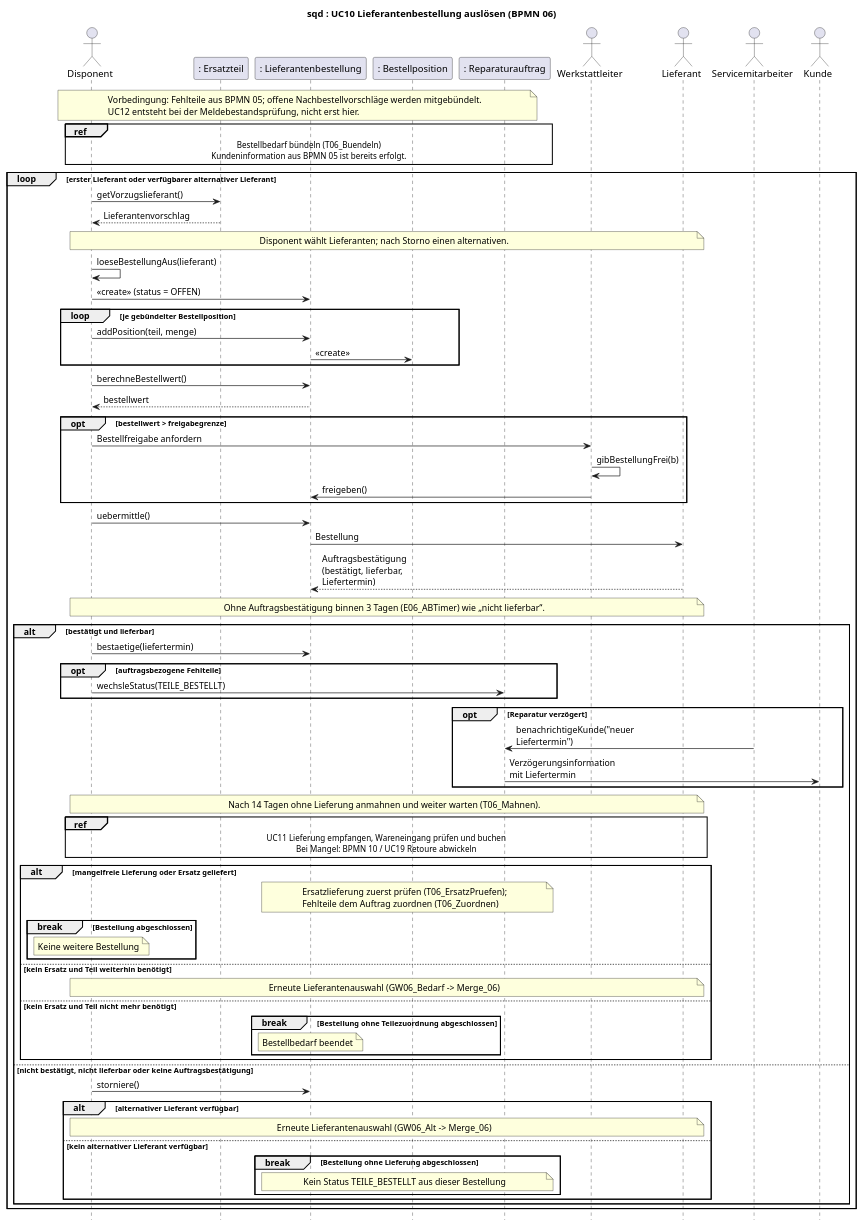
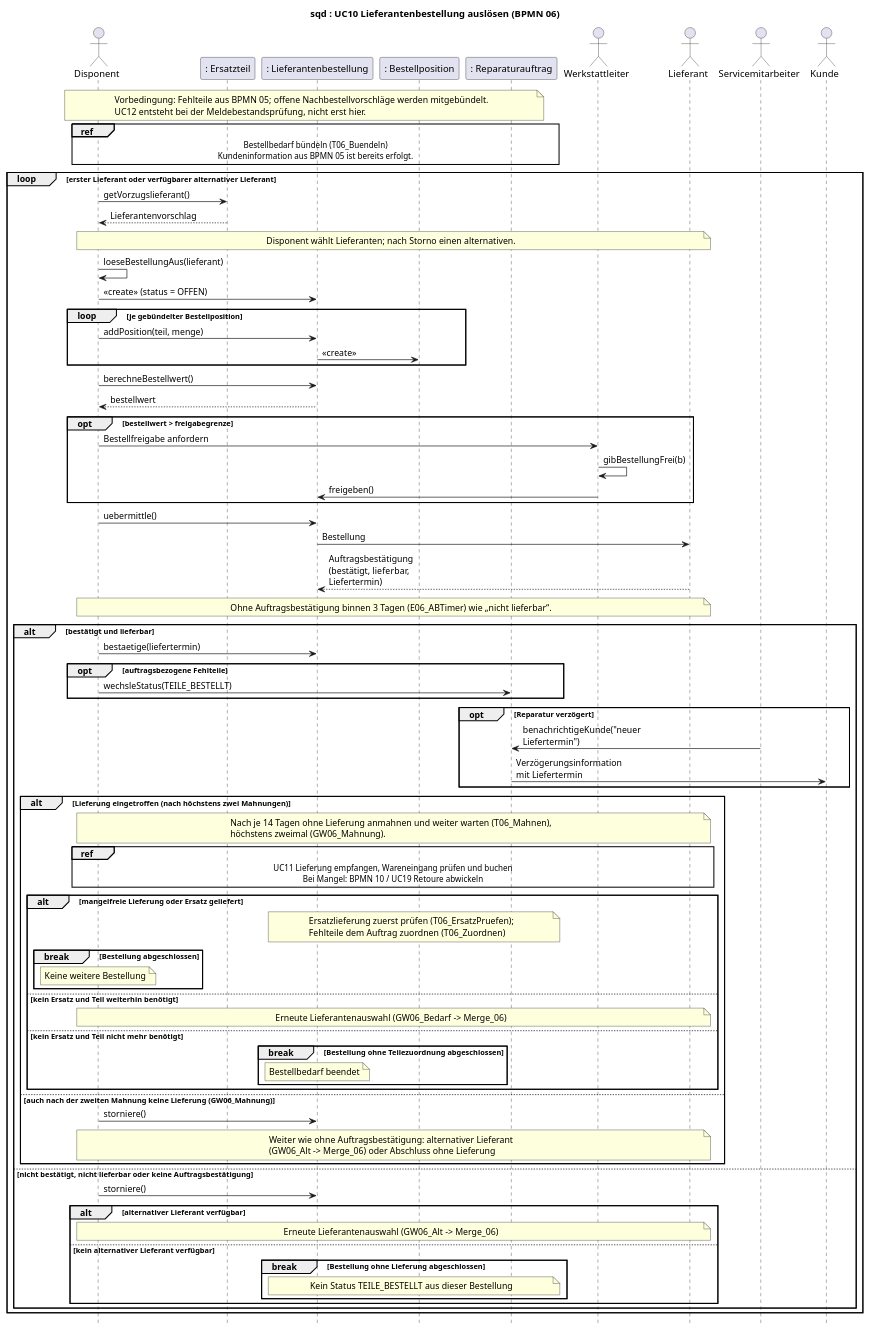
The diagram in uml/sequenz-06-nachbestellvorschlag.puml (jakobschwan123-cmd/casestudy-semester-3), drawn with PlantUML before and after one commit. The commit also changed 15 other files, not shown here.

```diff
--- a/uml/sequenz-06-nachbestellvorschlag.puml
+++ b/uml/sequenz-06-nachbestellvorschlag.puml
@@ -1,77 +1,82 @@
 @startuml
 ' BPMN: p06-ersatzteilbestellung.bpmn
-' BPMN-Nodes: T06_Buendeln T06_Lieferant T06_Bestellung GW06_Grenze T06_Freigabe T06_Senden GW06_AB E06_AB E06_ABTimer GW06_Lieferbar T06_Storno T06_Alternative GW06_Alt T06_Termin GW06_Verzoegert T06_KundeInfo GW06_Lief E06_Lieferung E06_LiefTimer T06_Mahnen T06_Wareneingang GW06_Mangelfrei T06_Retoure GW06_Ersatz T06_ErsatzPruefen GW06_Bedarf T06_Zuordnen
+' BPMN-Nodes: T06_Buendeln T06_Lieferant T06_Bestellung GW06_Grenze T06_Freigabe T06_Senden GW06_AB E06_AB E06_ABTimer GW06_Lieferbar T06_Storno T06_Alternative GW06_Alt T06_Termin GW06_Verzoegert T06_KundeInfo GW06_Lief E06_Lieferung E06_LiefTimer GW06_Mahnung T06_Mahnen T06_Wareneingang GW06_Mangelfrei T06_Retoure GW06_Ersatz T06_ErsatzPruefen GW06_Bedarf T06_Zuordnen
 title sqd : UC10 Lieferantenbestellung auslösen (BPMN 06)
 skinparam defaultFontName Arial
 skinparam sequenceMessageAlign left
 skinparam maxMessageSize 160
 hide footbox
 
 actor Disponent
 participant ": Ersatzteil" as ET
 participant ": Lieferantenbestellung" as BEST
 participant ": Bestellposition" as POS
 participant ": Reparaturauftrag" as RA
 actor Werkstattleiter as WL
 actor Lieferant
 actor Servicemitarbeiter as SM
 actor Kunde
 
 note over Disponent, RA : Vorbedingung: Fehlteile aus BPMN 05; offene Nachbestellvorschläge werden mitgebündelt.\nUC12 entsteht bei der Meldebestandsprüfung, nicht erst hier.
 ref over Disponent, RA : Bestellbedarf bündeln (T06_Buendeln)\nKundeninformation aus BPMN 05 ist bereits erfolgt.
 loop erster Lieferant oder verfügbarer alternativer Lieferant
     Disponent -> ET : getVorzugslieferant()
     ET --> Disponent : Lieferantenvorschlag
     note over Disponent, Lieferant : Disponent wählt Lieferanten; nach Storno einen alternativen.
     Disponent -> Disponent : loeseBestellungAus(lieferant)
     Disponent -> BEST : <<create>> (status = OFFEN)
     loop je gebündelter Bestellposition
         Disponent -> BEST : addPosition(teil, menge)
         BEST -> POS : <<create>>
     end
     Disponent -> BEST : berechneBestellwert()
     BEST --> Disponent : bestellwert
     opt bestellwert > freigabegrenze
         Disponent -> WL : Bestellfreigabe anfordern
         WL -> WL : gibBestellungFrei(b)
         WL -> BEST : freigeben()
     end
     Disponent -> BEST : uebermittle()
     BEST -> Lieferant : Bestellung
     Lieferant --> BEST : Auftragsbestätigung (bestätigt, lieferbar, Liefertermin)
     note over Disponent, Lieferant : Ohne Auftragsbestätigung binnen 3 Tagen (E06_ABTimer) wie „nicht lieferbar“.
     alt bestätigt und lieferbar
         Disponent -> BEST : bestaetige(liefertermin)
         opt auftragsbezogene Fehlteile
             Disponent -> RA : wechsleStatus(TEILE_BESTELLT)
         end
         opt Reparatur verzögert
             SM -> RA : benachrichtigeKunde("neuer Liefertermin")
             RA -> Kunde : Verzögerungsinformation mit Liefertermin
         end
-        note over Disponent, Lieferant : Nach 14 Tagen ohne Lieferung anmahnen und weiter warten (T06_Mahnen).
-        ref over Disponent, BEST, Lieferant : UC11 Lieferung empfangen, Wareneingang prüfen und buchen\nBei Mangel: BPMN 10 / UC19 Retoure abwickeln
-        alt mangelfreie Lieferung oder Ersatz geliefert
-            note over BEST, RA : Ersatzlieferung zuerst prüfen (T06_ErsatzPruefen);\nFehlteile dem Auftrag zuordnen (T06_Zuordnen)
-            break Bestellung abgeschlossen
-                note over Disponent : Keine weitere Bestellung
+        alt Lieferung eingetroffen (nach höchstens zwei Mahnungen)
+            note over Disponent, Lieferant : Nach je 14 Tagen ohne Lieferung anmahnen und weiter warten (T06_Mahnen),\nhöchstens zweimal (GW06_Mahnung).
+            ref over Disponent, BEST, Lieferant : UC11 Lieferung empfangen, Wareneingang prüfen und buchen\nBei Mangel: BPMN 10 / UC19 Retoure abwickeln
+            alt mangelfreie Lieferung oder Ersatz geliefert
+                note over BEST, RA : Ersatzlieferung zuerst prüfen (T06_ErsatzPruefen);\nFehlteile dem Auftrag zuordnen (T06_Zuordnen)
+                break Bestellung abgeschlossen
+                    note over Disponent : Keine weitere Bestellung
+                end
+            else kein Ersatz und Teil weiterhin benötigt
+                note over Disponent, Lieferant : Erneute Lieferantenauswahl (GW06_Bedarf -> Merge_06)
+            else kein Ersatz und Teil nicht mehr benötigt
+                break Bestellung ohne Teilezuordnung abgeschlossen
+                    note over BEST : Bestellbedarf beendet
+                end
             end
-        else kein Ersatz und Teil weiterhin benötigt
-            note over Disponent, Lieferant : Erneute Lieferantenauswahl (GW06_Bedarf -> Merge_06)
-        else kein Ersatz und Teil nicht mehr benötigt
-            break Bestellung ohne Teilezuordnung abgeschlossen
-                note over BEST : Bestellbedarf beendet
-            end
+        else auch nach der zweiten Mahnung keine Lieferung (GW06_Mahnung)
+            Disponent -> BEST : storniere()
+            note over Disponent, Lieferant : Weiter wie ohne Auftragsbestätigung: alternativer Lieferant\n(GW06_Alt -> Merge_06) oder Abschluss ohne Lieferung
         end
     else nicht bestätigt, nicht lieferbar oder keine Auftragsbestätigung
         Disponent -> BEST : storniere()
         alt alternativer Lieferant verfügbar
             note over Disponent, Lieferant : Erneute Lieferantenauswahl (GW06_Alt -> Merge_06)
         else kein alternativer Lieferant verfügbar
             break Bestellung ohne Lieferung abgeschlossen
                 note over BEST, RA : Kein Status TEILE_BESTELLT aus dieser Bestellung
             end
         end
     end
 end
 @enduml
```
